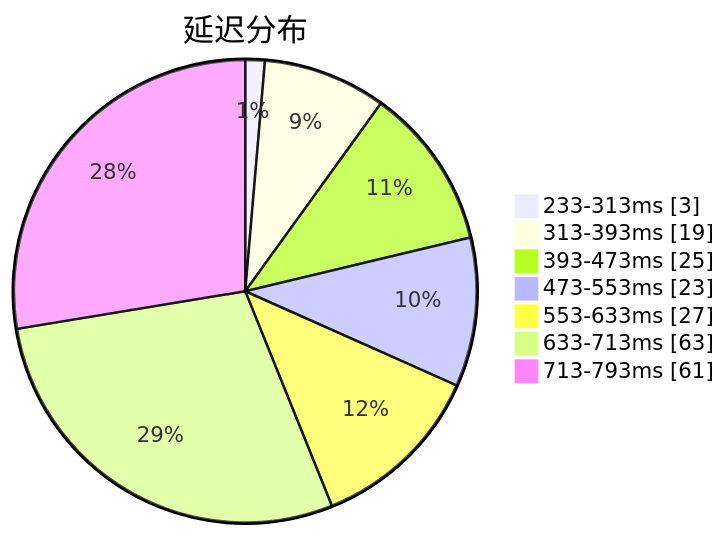
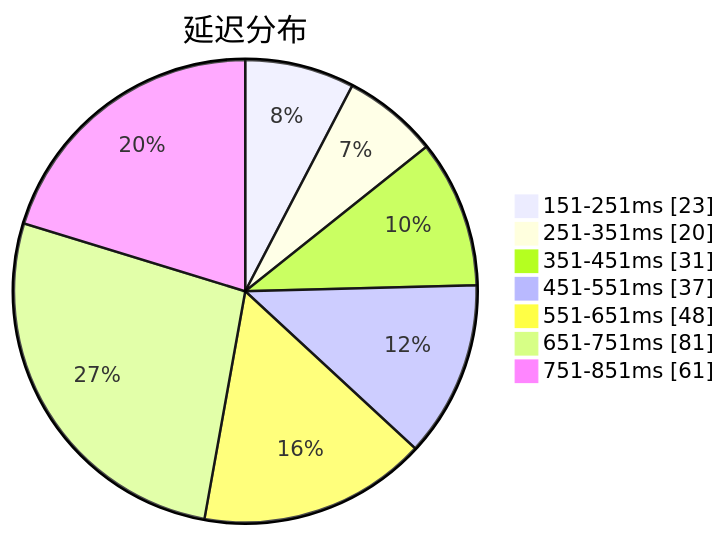
Before and after one commit to qjlxg/airport: the first of 3 diagrams in subs/statistics/tested_within.md, drawn with Mermaid. The commit also changed other lines of this file and 2 other files, not shown here.

````diff
--- a/subs/statistics/tested_within.md
+++ b/subs/statistics/tested_within.md
@@ -2,11 +2,11 @@
 ```mermaid
 pie showData
 title 延迟分布
-"233-313ms" : 3
-"313-393ms" : 19
-"393-473ms" : 25
-"473-553ms" : 23
-"553-633ms" : 27
-"633-713ms" : 63
-"713-793ms" : 61
+"151-251ms" : 23
+"251-351ms" : 20
+"351-451ms" : 31
+"451-551ms" : 37
+"551-651ms" : 48
+"651-751ms" : 81
+"751-851ms" : 61
 ```
````
